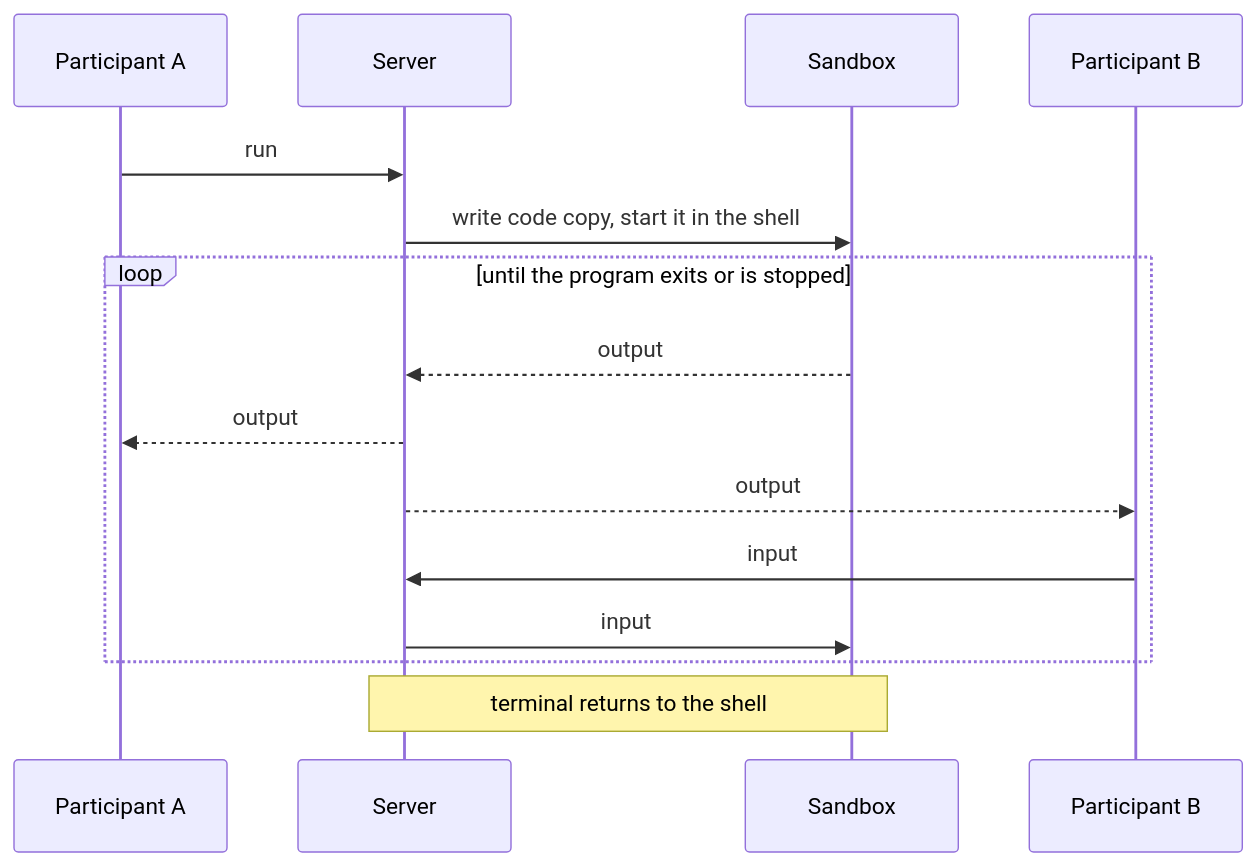
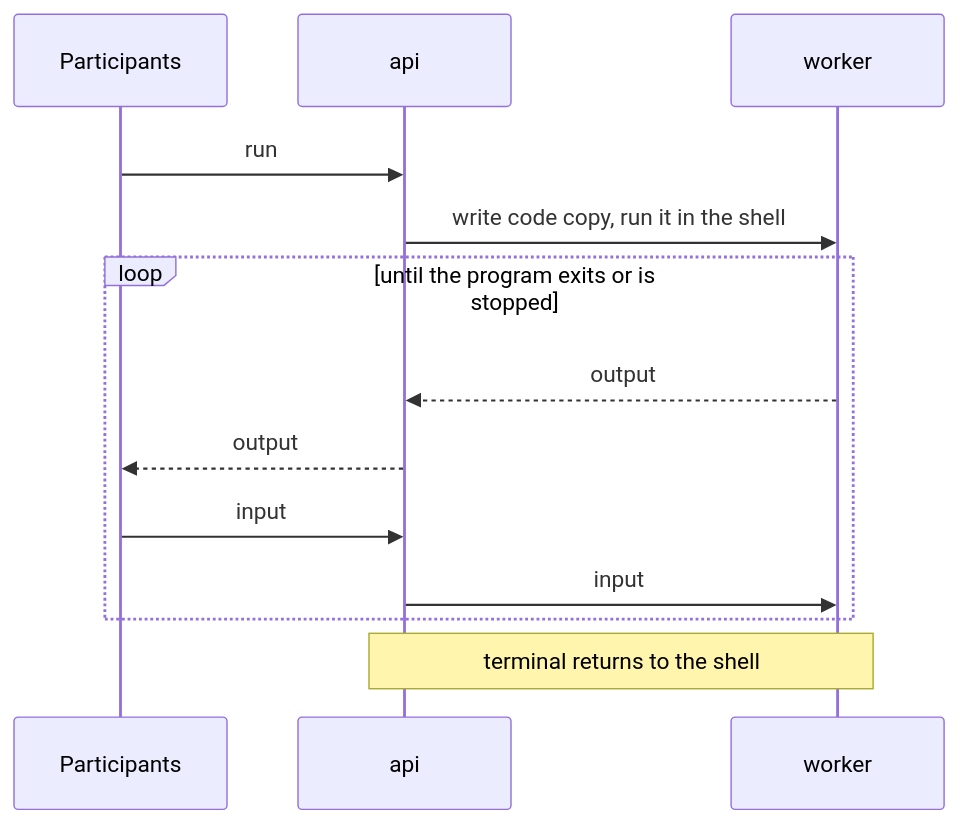
One commit to zikous/pairbox changed the fourth of 4 diagrams in DESIGN.md. Above: the diagram before and after it, drawn with Mermaid. The commit also changed other lines of this file, not shown here.

Commit message:
Redesign around services: web, api, pool, workers and Postgres

````diff
--- a/DESIGN.md
+++ b/DESIGN.md
@@ -114,17 +116,15 @@
 ```mermaid
 sequenceDiagram
-    participant A as Participant A
-    participant S as Server
-    participant X as Sandbox
-    participant B as Participant B
-    A->>S: run
-    S->>X: write code copy, start it in the shell
+    participant P as Participants
+    participant A as api
+    participant W as worker
+    P->>A: run
+    A->>W: write code copy, run it in the shell
     loop until the program exits or is stopped
-        X-->>S: output
-        S-->>A: output
-        S-->>B: output
-        B->>S: input
-        S->>X: input
+        W-->>A: output
+        A-->>P: output
+        P->>A: input
+        A->>W: input
     end
-    Note over S,X: terminal returns to the shell
+    Note over A,W: terminal returns to the shell
 ```
````
